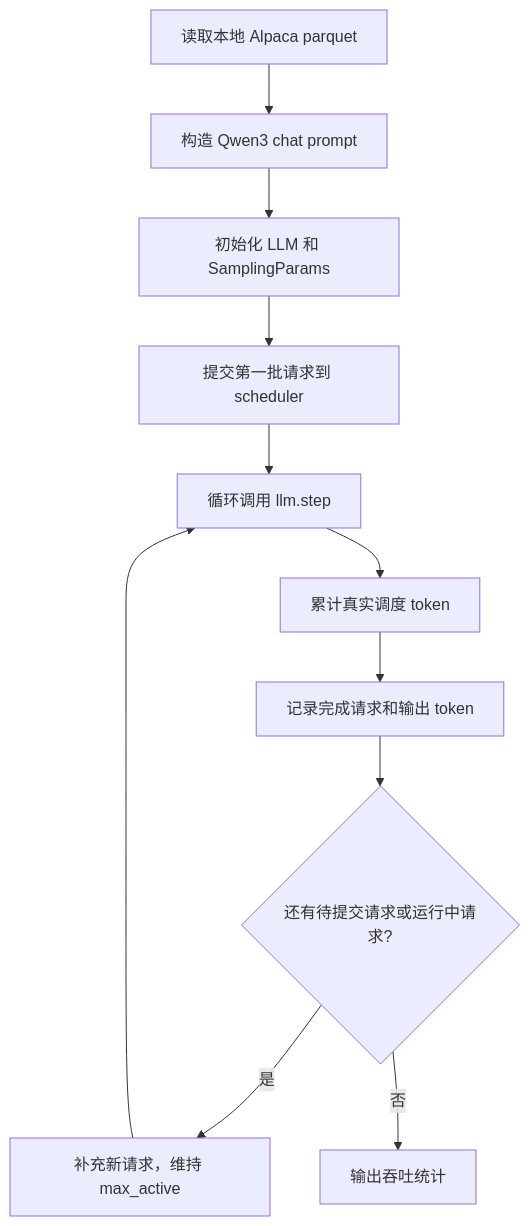
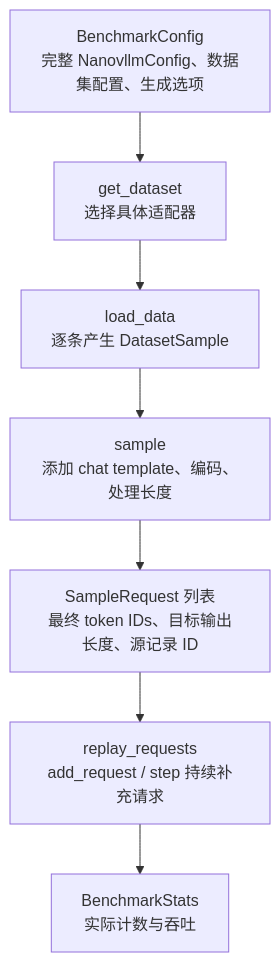
Before and after one commit to crashingby/my-nano-vllm: the diagram in benchmarks/README.md, drawn with Mermaid. The commit also changed other lines of this file and 11 other files, not shown here.

````diff
--- a/benchmarks/README.md
+++ b/benchmarks/README.md
@@ -37,13 +25,9 @@
 ```mermaid
 flowchart TD
-    A["读取本地 Alpaca parquet"] --> B["构造 Qwen3 chat prompt"]
-    B --> C["初始化 LLM 和 SamplingParams"]
-    C --> D["提交第一批请求到 scheduler"]
-    D --> E["循环调用 llm.step"]
-    E --> F["累计真实调度 token"]
-    F --> G["记录完成请求和输出 token"]
-    G --> H{"还有待提交请求或运行中请求?"}
-    H -- "是" --> I["补充新请求，维持 max_active"]
-    I --> E
-    H -- "否" --> J["输出吞吐统计"]
+    A["BenchmarkConfig<br>完整 NanovllmConfig、数据集配置、生成选项"] --> B["get_dataset<br>选择具体适配器"]
+    B --> C["load_data<br>逐条产生 DatasetSample"]
+    C --> D["sample<br>添加 chat template、编码、处理长度"]
+    D --> E["SampleRequest 列表<br>最终 token IDs、目标输出长度、源记录 ID"]
+    E --> F["replay_requests<br>add_request / step 持续补充请求"]
+    F --> G["BenchmarkStats<br>实际计数与吞吐"]
 ```
````
